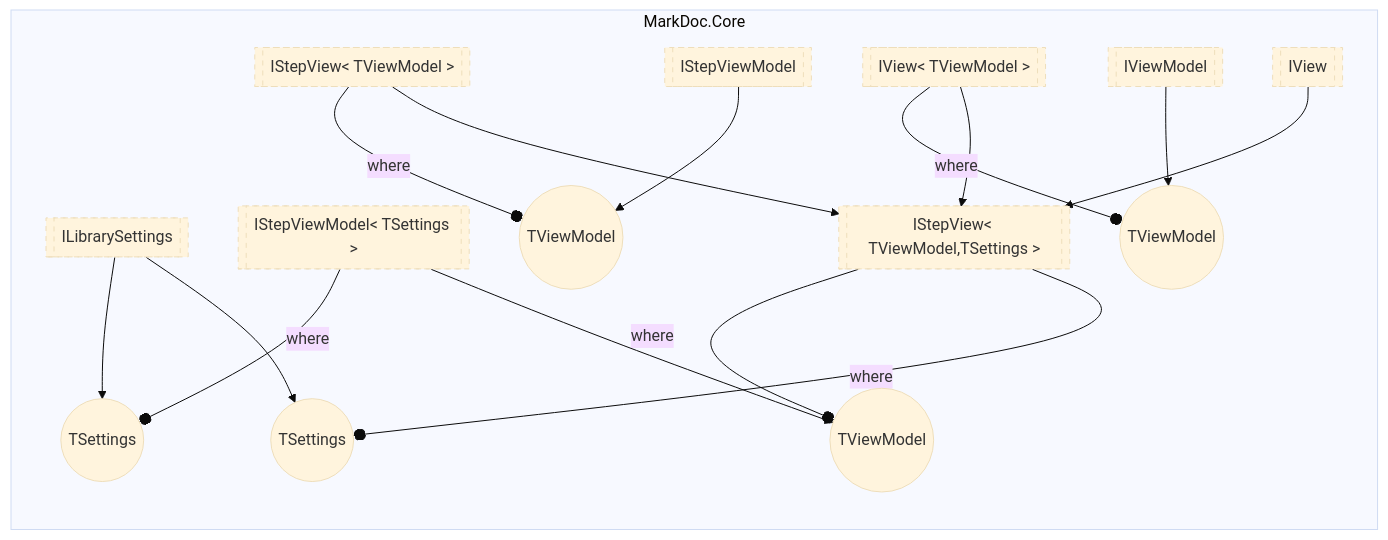
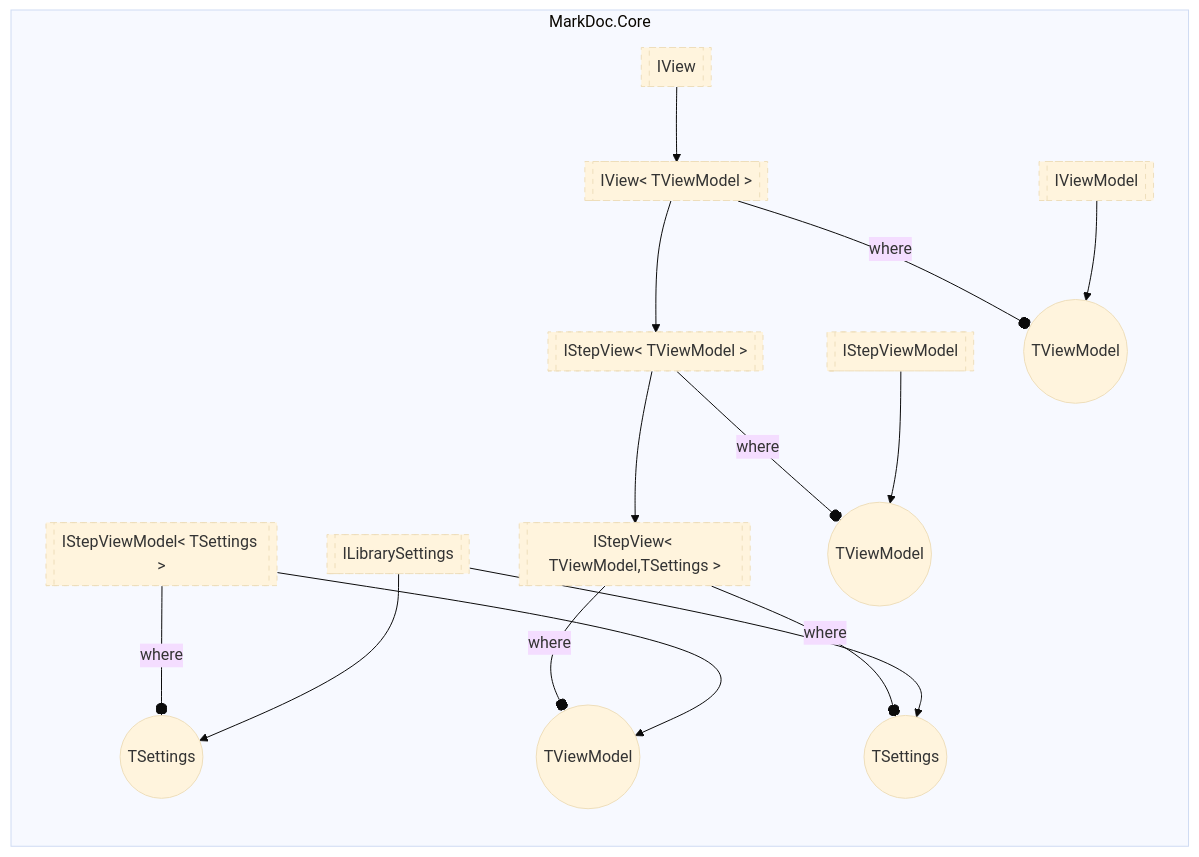
Before and after one commit to hailstorm75/ModularDoc: the diagram in sourceWiki/markdoc/core/IStepViewTT.md, drawn with Mermaid (base theme). The commit also changed 20 other files, not shown here.

````diff
--- a/sourceWiki/markdoc/core/IStepViewTT.md
+++ b/sourceWiki/markdoc/core/IStepViewTT.md
@@ -7,45 +7,45 @@
 ```mermaid
   flowchart LR
   classDef interfaceStyle stroke-dasharray: 5 5;
   classDef abstractStyle stroke-width:4px
   subgraph MarkDoc.Core
   MarkDoc.Core.ILibrarySettings[[ILibrarySettings]]
   class MarkDoc.Core.ILibrarySettings interfaceStyle;
   MarkDoc.Core.IStepViewModel_1[[IStepViewModel< TSettings >]]
   class MarkDoc.Core.IStepViewModel_1 interfaceStyle;
   MarkDoc.Core.IStepViewModel_1TSettings((TSettings));
   MarkDoc.Core.IStepViewModel_1 -- where --o MarkDoc.Core.IStepViewModel_1TSettings
 MarkDoc.Core.ILibrarySettings --> MarkDoc.Core.IStepViewModel_1TSettings
 
   MarkDoc.Core.IStepView_2[[IStepView< TViewModel,TSettings >]]
   class MarkDoc.Core.IStepView_2 interfaceStyle;
   MarkDoc.Core.IStepView_2TViewModel((TViewModel));
   MarkDoc.Core.IStepView_2 -- where --o MarkDoc.Core.IStepView_2TViewModel
 MarkDoc.Core.IStepViewModel_1 --> MarkDoc.Core.IStepView_2TViewModel
   MarkDoc.Core.IStepView_2TSettings((TSettings));
   MarkDoc.Core.IStepView_2 -- where --o MarkDoc.Core.IStepView_2TSettings
 MarkDoc.Core.ILibrarySettings --> MarkDoc.Core.IStepView_2TSettings
 
   MarkDoc.Core.IStepViewModel[[IStepViewModel]]
   class MarkDoc.Core.IStepViewModel interfaceStyle;
   MarkDoc.Core.IStepView_1[[IStepView< TViewModel >]]
   class MarkDoc.Core.IStepView_1 interfaceStyle;
   MarkDoc.Core.IStepView_1TViewModel((TViewModel));
   MarkDoc.Core.IStepView_1 -- where --o MarkDoc.Core.IStepView_1TViewModel
 MarkDoc.Core.IStepViewModel --> MarkDoc.Core.IStepView_1TViewModel
 
   MarkDoc.Core.IViewModel[[IViewModel]]
   class MarkDoc.Core.IViewModel interfaceStyle;
   MarkDoc.Core.IView_1[[IView< TViewModel >]]
   class MarkDoc.Core.IView_1 interfaceStyle;
   MarkDoc.Core.IView_1TViewModel((TViewModel));
   MarkDoc.Core.IView_1 -- where --o MarkDoc.Core.IView_1TViewModel
 MarkDoc.Core.IViewModel --> MarkDoc.Core.IView_1TViewModel
 
   MarkDoc.Core.IView[[IView]]
   class MarkDoc.Core.IView interfaceStyle;
   end
 MarkDoc.Core.IStepView_1 --> MarkDoc.Core.IStepView_2
-MarkDoc.Core.IView_1 --> MarkDoc.Core.IStepView_2
-MarkDoc.Core.IView --> MarkDoc.Core.IStepView_2
+MarkDoc.Core.IView_1 --> MarkDoc.Core.IStepView_1
+MarkDoc.Core.IView --> MarkDoc.Core.IView_1
 ```
````
